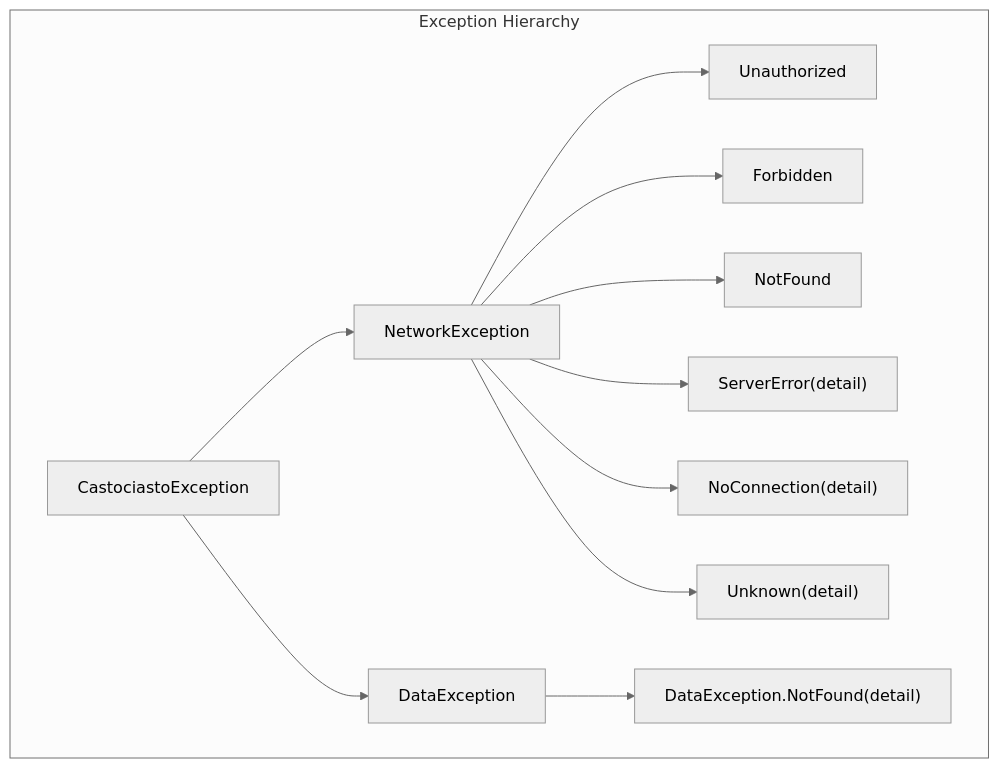
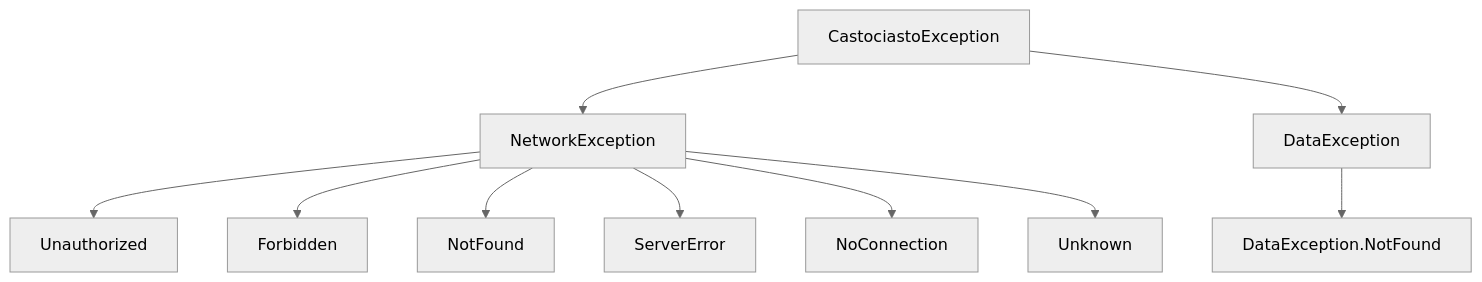
The seventh of 10 diagrams in README.md (Ashanen/Castociasto), drawn with Mermaid (neutral theme) before and after one commit. The commit also changed other lines of this file, not shown here.

````diff
--- a/README.md
+++ b/README.md
@@ -405,27 +416,12 @@
 ```mermaid
 graph TB
-    subgraph "Exception Hierarchy"
-        CE["CastociastoException"]
-        NE["NetworkException"]
-        DE["DataException"]
-
-        U["Unauthorized"]
-        F["Forbidden"]
-        NF["NotFound"]
-        SE["ServerError(detail)"]
-        NC["NoConnection(detail)"]
-        UNK["Unknown(detail)"]
-
-        DNF["DataException.NotFound(detail)"]
-    end
-
-    CE --> NE
-    CE --> DE
-    NE --> U
-    NE --> F
-    NE --> NF
-    NE --> SE
-    NE --> NC
-    NE --> UNK
-    DE --> DNF
+    CE[CastociastoException] --> NE[NetworkException]
+    CE --> DE[DataException]
+    NE --> U[Unauthorized]
+    NE --> F[Forbidden]
+    NE --> NF[NotFound]
+    NE --> SE[ServerError]
+    NE --> NC[NoConnection]
+    NE --> UNK[Unknown]
+    DE --> DNF[DataException.NotFound]
 ```
````
